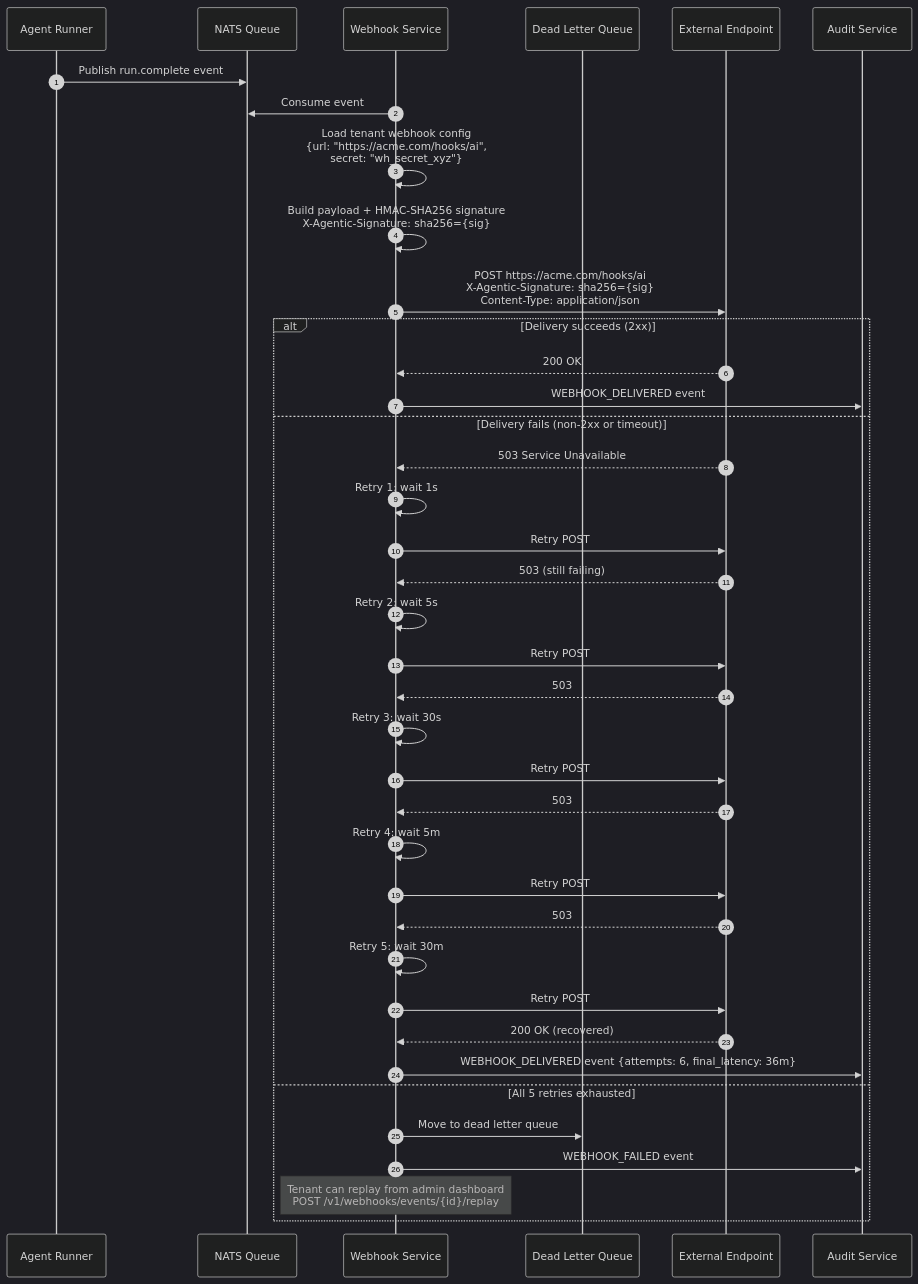
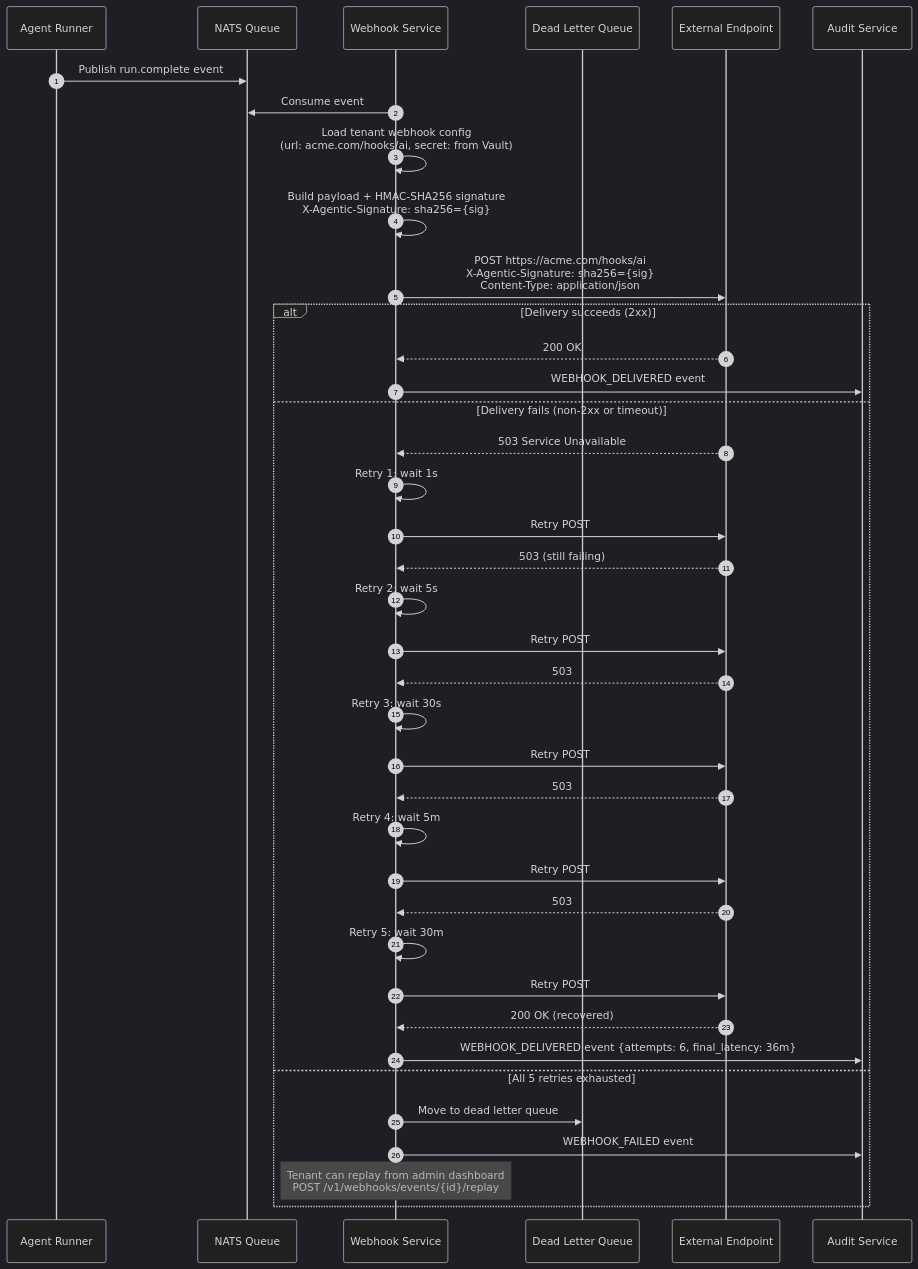
Before and after one commit to GVijay456/Test: diagram 18 of 18 in SEQUENCE_DIAGRAMS.md, drawn with Mermaid (dark theme). The commit also changed other lines of this file and 1 other file, not shown here.

First line of the commit message:
Fix Mermaid sequence diagram rendering issues

````diff
--- a/SEQUENCE_DIAGRAMS.md
+++ b/SEQUENCE_DIAGRAMS.md
@@ -969,48 +966,48 @@
 ```mermaid
 sequenceDiagram
     autonumber
     participant AR as Agent Runner
     participant Q  as NATS Queue
     participant WS as Webhook Service
     participant DL as Dead Letter Queue
     participant EX as External Endpoint
     participant AU as Audit Service
 
     AR->>Q: Publish run.complete event
 
     WS->>Q: Consume event
 
-    WS->>WS: Load tenant webhook config<br/>{url: "https://acme.com/hooks/ai",<br/>secret: "wh_secret_xyz"}
+    WS->>WS: Load tenant webhook config<br/>(url: acme.com/hooks/ai, secret: from Vault)
 
     WS->>WS: Build payload + HMAC-SHA256 signature<br/>X-Agentic-Signature: sha256={sig}
 
     WS->>EX: POST https://acme.com/hooks/ai<br/>X-Agentic-Signature: sha256={sig}<br/>Content-Type: application/json
 
     alt Delivery succeeds (2xx)
         EX-->>WS: 200 OK
         WS->>AU: WEBHOOK_DELIVERED event
     else Delivery fails (non-2xx or timeout)
         EX-->>WS: 503 Service Unavailable
         WS->>WS: Retry 1: wait 1s
         WS->>EX: Retry POST
         EX-->>WS: 503 (still failing)
         WS->>WS: Retry 2: wait 5s
         WS->>EX: Retry POST
         EX-->>WS: 503
         WS->>WS: Retry 3: wait 30s
         WS->>EX: Retry POST
         EX-->>WS: 503
         WS->>WS: Retry 4: wait 5m
         WS->>EX: Retry POST
         EX-->>WS: 503
         WS->>WS: Retry 5: wait 30m
         WS->>EX: Retry POST
         EX-->>WS: 200 OK (recovered)
         WS->>AU: WEBHOOK_DELIVERED event {attempts: 6, final_latency: 36m}
 
     else All 5 retries exhausted
         WS->>DL: Move to dead letter queue
         WS->>AU: WEBHOOK_FAILED event
         Note over WS: Tenant can replay from admin dashboard<br/>POST /v1/webhooks/events/{id}/replay
     end
 ```
````
